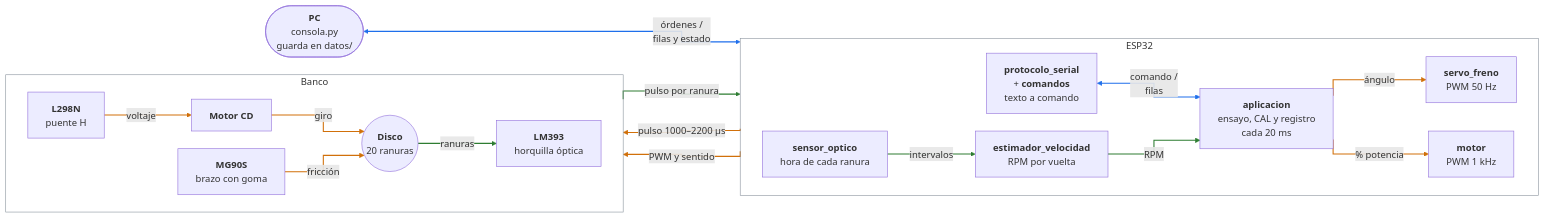
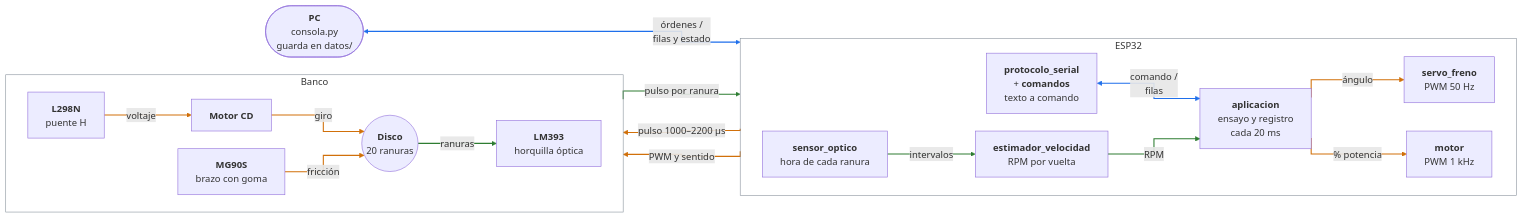
The first of 2 diagrams in proyecto_2_grupal/docs/03_flujo.md (TamaraCM06/tcajiao_asm_2026_s2), drawn with Mermaid before and after one commit. The commit also changed other lines of this file and 19 other files, not shown here.

````diff
--- a/proyecto_2_grupal/docs/03_flujo.md
+++ b/proyecto_2_grupal/docs/03_flujo.md
@@ -10,45 +10,45 @@
 ```mermaid
 %%{init: {"flowchart": {"curve": "stepBefore", "nodeSpacing": 30, "rankSpacing": 50}}}%%
 flowchart LR
     pc(["<b>PC</b><br/>consola.py<br/>guarda en datos/"])
 
     subgraph esp["ESP32"]
         direction LR
         ser["<b>protocolo_serial</b><br/>+ <b>comandos</b><br/>texto a comando"]
         sen["<b>sensor_optico</b><br/>hora de cada ranura"]
         est["<b>estimador_velocidad</b><br/>RPM por vuelta"]
-        app["<b>aplicacion</b><br/>ensayo, CAL y registro<br/>cada 20 ms"]
+        app["<b>aplicacion</b><br/>ensayo y registro<br/>cada 20 ms"]
         srv["<b>servo_freno</b><br/>PWM 50 Hz"]
         mot["<b>motor</b><br/>PWM 1 kHz"]
     end
 
     subgraph banco["Banco"]
         direction LR
         servo["<b>MG90S</b><br/>brazo con goma"]
         puente["<b>L298N</b><br/>puente H"]
         motorcd["<b>Motor CD</b>"]
         disco(("<b>Disco</b><br/>20 ranuras"))
         lm["<b>LM393</b><br/>horquilla óptica"]
     end
 
     pc <-->|"órdenes /<br/>filas y estado"| ser
     ser <-->|"comando /<br/>filas"| app
     sen -->|"intervalos"| est
     est -->|"RPM"| app
     app -->|"ángulo"| srv
     app -->|"% potencia"| mot
     srv -->|"pulso 1000–2200 µs"| servo
     mot -->|"PWM y sentido"| puente
     puente -->|"voltaje"| motorcd
     motorcd -->|"giro"| disco
     servo -->|"fricción"| disco
     disco -->|"ranuras"| lm
     lm -->|"pulso por ranura"| sen
 
     linkStyle 0,1 stroke:#1f6feb,stroke-width:1.8px
     linkStyle 4,5,6,7,8,9,10 stroke:#d1700a,stroke-width:1.8px
     linkStyle 2,3,11,12 stroke:#2e7d32,stroke-width:1.8px
 
     style esp fill:none,stroke:#8b949e,stroke-width:1px
     style banco fill:none,stroke:#8b949e,stroke-width:1px
 ```
````
